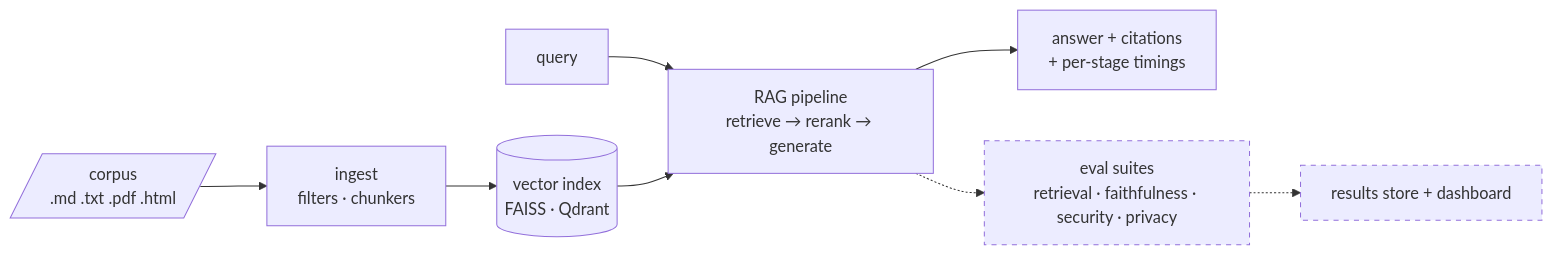
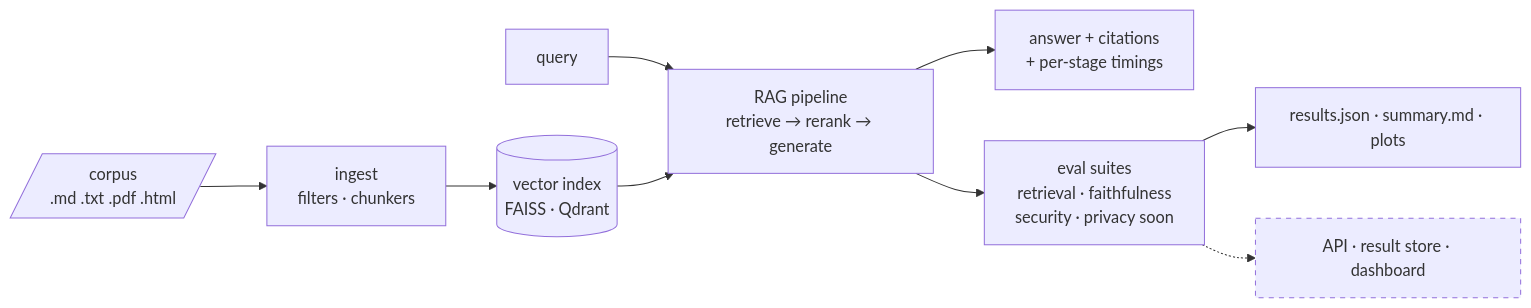
The diagram in README.md (bobhaotian/RAG-Crucible---Security-Reliability-Evaluation-Platform-for-RAG), drawn with Mermaid before and after one commit. The commit also changed other lines of this file and 1 other file, not shown here.

Commit message:
docs: measured results (SciFact rerank lift, faithfulness, latency)

````diff
--- a/README.md
+++ b/README.md
@@ -9,12 +9,12 @@
 ```mermaid
 flowchart LR
     A[/corpus<br/>.md .txt .pdf .html/] --> B[ingest<br/>filters · chunkers]
     B --> C[(vector index<br/>FAISS · Qdrant)]
     Q[query] --> P[RAG pipeline<br/>retrieve → rerank → generate]
     C --> P
     P --> R[answer + citations<br/>+ per-stage timings]
-    P -.-> E[eval suites<br/>retrieval · faithfulness · security · privacy]
-    E -.-> D[results store + dashboard]
-    style E stroke-dasharray: 5 5
+    P --> E[eval suites<br/>retrieval · faithfulness<br/>security · privacy soon]
+    E --> F[results.json · summary.md · plots]
+    E -.-> D[API · result store · dashboard]
     style D stroke-dasharray: 5 5
 ```
````
